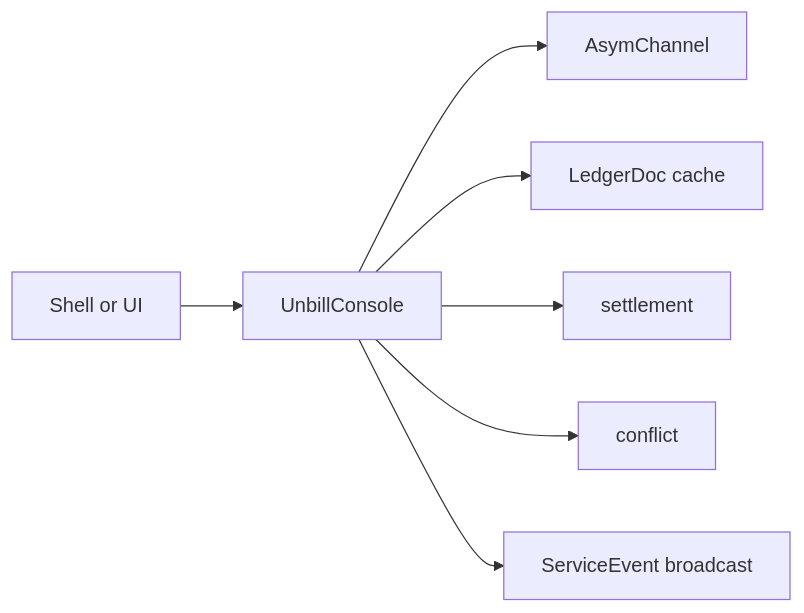
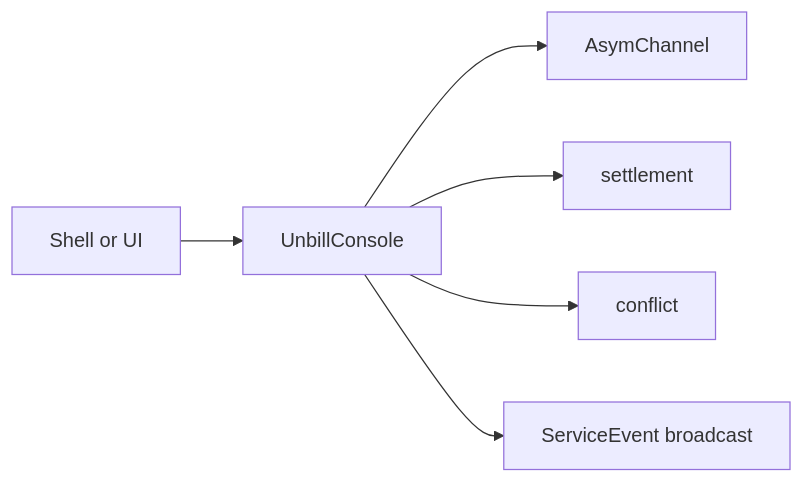
One commit to unbill-project/unbill changed the diagram in unbill-docs/console-service.md. Above: the diagram before and after it, drawn with Mermaid. The commit also changed other lines of this file, not shown here.

````diff
--- a/unbill-docs/console-service.md
+++ b/unbill-docs/console-service.md
@@ -22,17 +21,15 @@
 ```mermaid
 flowchart LR
     Shell["Shell or UI"]
     Service["UnbillConsole"]
     Asym["AsymChannel"]
-    Doc["LedgerDoc cache"]
     Settlement["settlement"]
     Conflict["conflict"]
     Events["ServiceEvent broadcast"]
 
     Shell --> Service
     Service --> Asym
-    Service --> Doc
     Service --> Settlement
     Service --> Conflict
     Service --> Events
 ```
````
